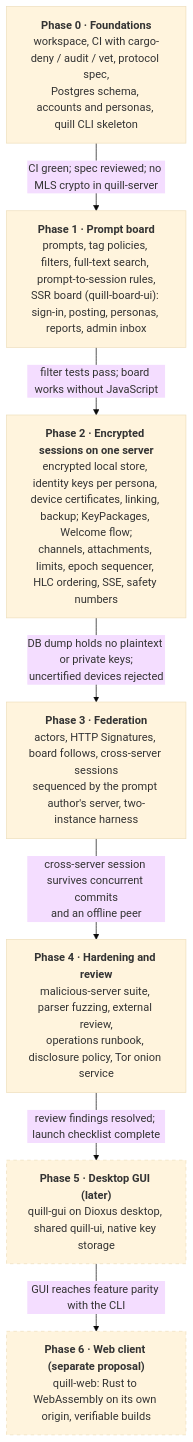
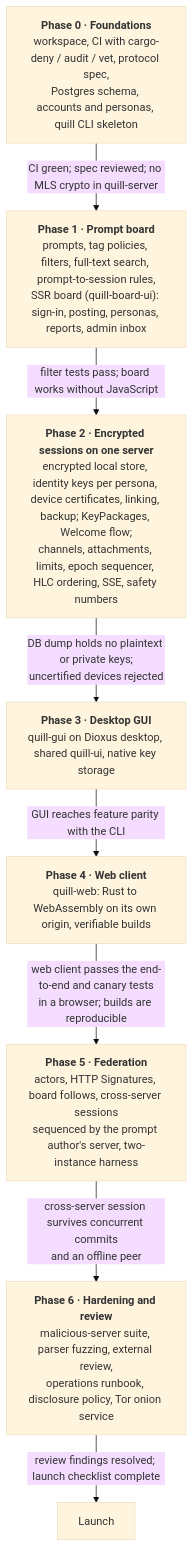
Before and after one commit to thecsapprentice/quill: the second of 2 diagrams in docs/plan.md, drawn with Mermaid (base theme). The commit also changed other lines of this file and 8 other files, not shown here.

First line of the commit message:
Roadmap: the desktop GUI and the web client before federation and hardening (#22)

````diff
--- a/docs/plan.md
+++ b/docs/plan.md
@@ -548,20 +549,18 @@
 ```mermaid
 flowchart TD
   P0["<b>Phase 0 · Foundations</b><br/>workspace, CI with cargo-deny / audit / vet, protocol spec,<br/>Postgres schema, accounts and personas, quill CLI skeleton"]
   P1["<b>Phase 1 · Prompt board</b><br/>prompts, tag policies, filters, full-text search, prompt-to-session rules,<br/>SSR board (quill-board-ui): sign-in, posting, personas, reports, admin inbox"]
   P2["<b>Phase 2 · Encrypted sessions on one server</b><br/>encrypted local store, identity keys per persona, device certificates, linking, backup; KeyPackages, Welcome flow;<br/>channels, attachments, limits, epoch sequencer, HLC ordering, SSE, safety numbers"]
-  P3["<b>Phase 3 · Federation</b><br/>actors, HTTP Signatures, board follows, cross-server sessions<br/>sequenced by the prompt author's server, two-instance harness"]
-  P4["<b>Phase 4 · Hardening and review</b><br/>malicious-server suite, parser fuzzing, external review,<br/>operations runbook, disclosure policy, Tor onion service"]
-  P5["<b>Phase 5 · Desktop GUI (later)</b><br/>quill-gui on Dioxus desktop, shared quill-ui, native key storage"]
-  P6["<b>Phase 6 · Web client (separate proposal)</b><br/>quill-web: Rust to WebAssembly on its own origin, verifiable builds"]
+  P3["<b>Phase 3 · Desktop GUI</b><br/>quill-gui on Dioxus desktop, shared quill-ui, native key storage"]
+  P4["<b>Phase 4 · Web client</b><br/>quill-web: Rust to WebAssembly on its own origin, verifiable builds"]
+  P5["<b>Phase 5 · Federation</b><br/>actors, HTTP Signatures, board follows, cross-server sessions<br/>sequenced by the prompt author's server, two-instance harness"]
+  P6["<b>Phase 6 · Hardening and review</b><br/>malicious-server suite, parser fuzzing, external review,<br/>operations runbook, disclosure policy, Tor onion service"]
 
   P0 -->|"CI green; spec reviewed; no MLS crypto in quill-server"| P1
   P1 -->|"filter tests pass; board works without JavaScript"| P2
   P2 -->|"DB dump holds no plaintext or private keys;<br/>uncertified devices rejected"| P3
-  P3 -->|"cross-server session survives concurrent commits<br/>and an offline peer"| P4
-  P4 -->|"review findings resolved; launch checklist complete"| P5
-  P5 -->|"GUI reaches feature parity with the CLI"| P6
-
-  classDef later stroke-dasharray: 5 5
-  class P5,P6 later
+  P3 -->|"GUI reaches feature parity with the CLI"| P4
+  P4 -->|"web client passes the end-to-end and canary tests<br/>in a browser; builds are reproducible"| P5
+  P5 -->|"cross-server session survives concurrent commits<br/>and an offline peer"| P6
+  P6 -->|"review findings resolved; launch checklist complete"| L["Launch"]
 ```
````
